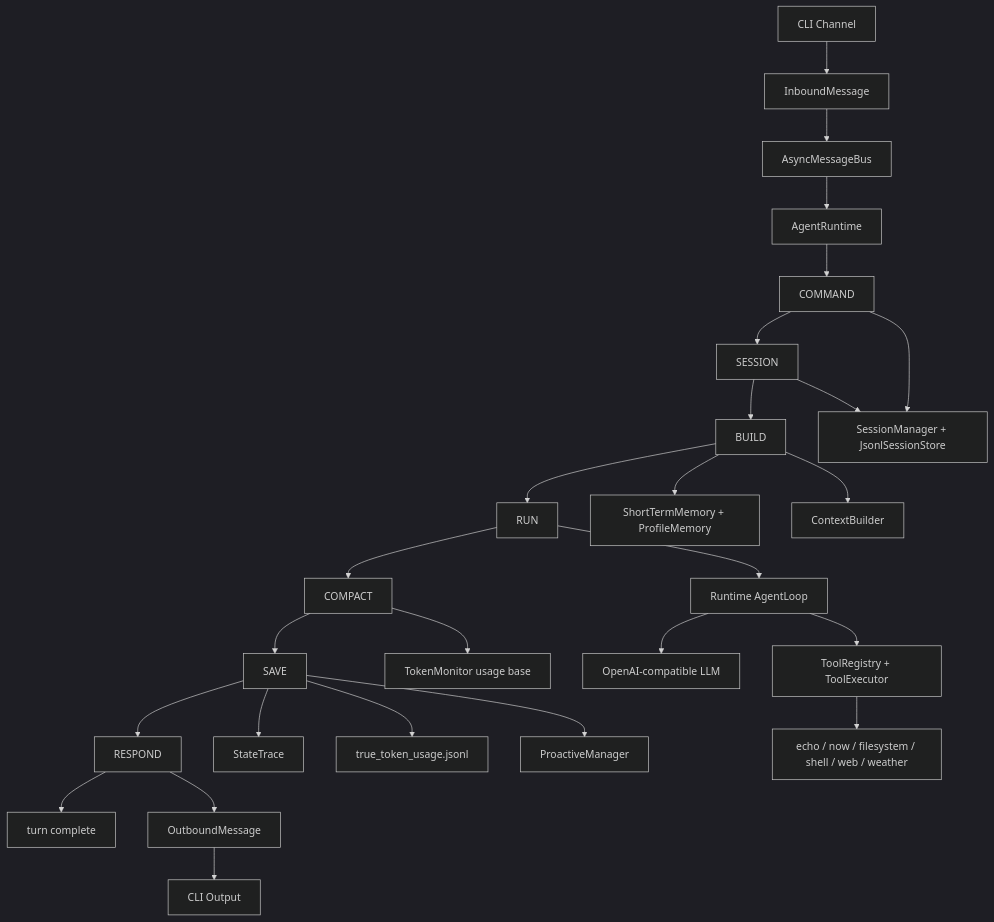
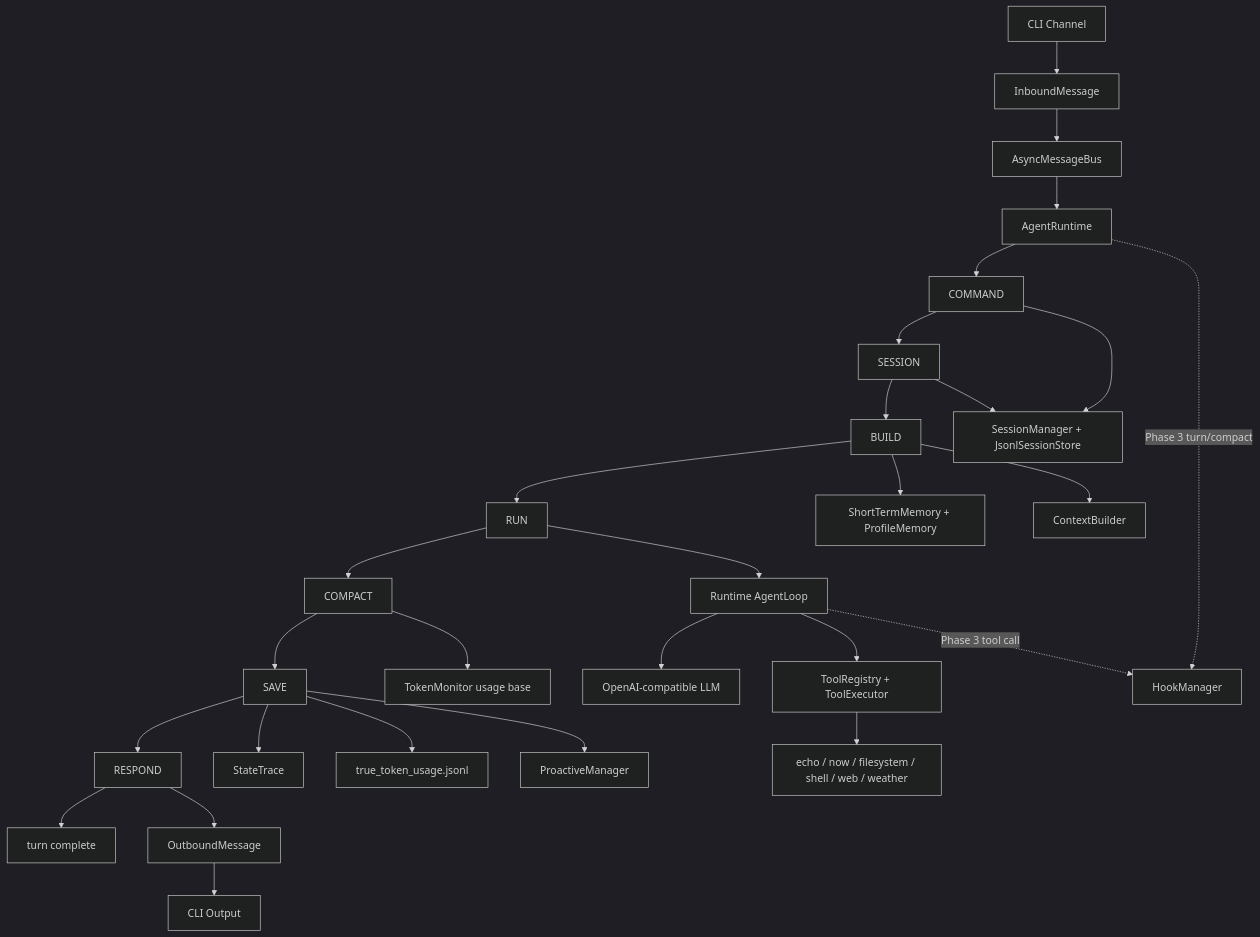
Before and after one commit to neystan/Turning-Good-Agent: the diagram in README.md, drawn with Mermaid (dark theme). The commit also changed other lines of this file and 13 other files, not shown here.

````diff
--- a/README.md
+++ b/README.md
@@ -81,33 +81,36 @@
 ```mermaid
 flowchart TD
     CLI[CLI Channel] --> Inbound[InboundMessage]
     Inbound --> Bus[AsyncMessageBus]
     Bus --> Runtime[AgentRuntime]
 
     Runtime --> Command[COMMAND]
     Command --> Session[SESSION]
     Session --> Build[BUILD]
     Build --> Run[RUN]
     Run --> Compact[COMPACT]
     Compact --> Save[SAVE]
     Save --> Respond[RESPOND]
     Respond --> End[turn complete]
 
     Command --> SessionStore[SessionManager + JsonlSessionStore]
     Session --> SessionStore
     Build --> Memory[ShortTermMemory + ProfileMemory]
     Build --> Context[ContextBuilder]
 
     Run --> AgentLoop[Runtime AgentLoop]
     AgentLoop --> LLM[OpenAI-compatible LLM]
     AgentLoop --> Tools[ToolRegistry + ToolExecutor]
     Tools --> Builtins[echo / now / filesystem / shell / web / weather]
 
+    Runtime -. Phase 3 turn/compact .-> Hooks[HookManager]
+    AgentLoop -. Phase 3 tool call .-> Hooks
+
     Compact --> Token[TokenMonitor usage base]
     Save --> Trace[StateTrace]
     Save --> TokenUsage[true_token_usage.jsonl]
     Save --> Proactive[ProactiveManager]
 
     Respond --> Outbound[OutboundMessage]
     Outbound --> CLIOut[CLI Output]
 ```
````
